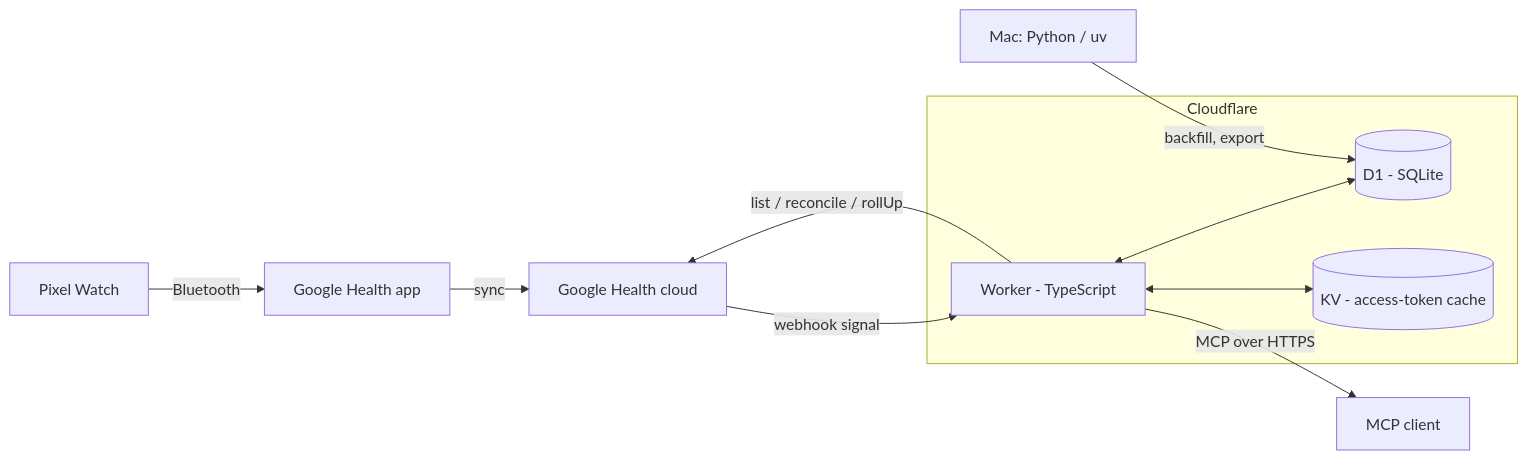
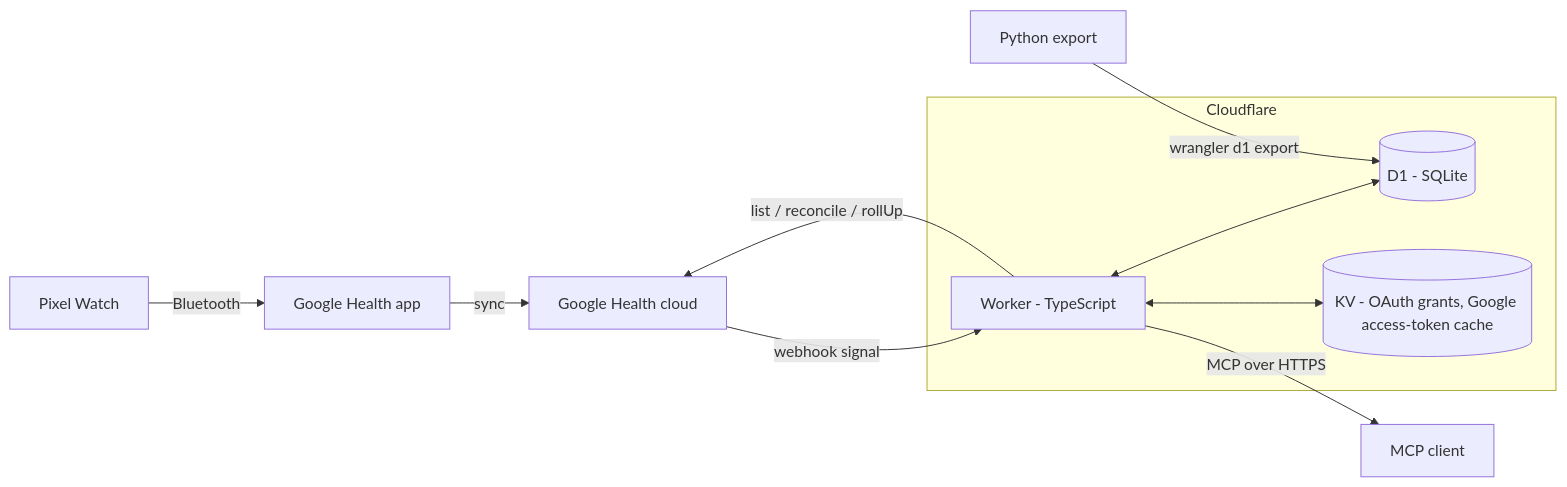
One commit to deluispablo/health-tracker changed the diagram in docs/architecture.md. Above: the diagram before and after it, drawn with Mermaid. The commit also changed other lines of this file and 2 other files, not shown here.

````diff
--- a/docs/architecture.md
+++ b/docs/architecture.md
@@ -7,16 +7,16 @@
 ```mermaid
 flowchart LR
     W[Pixel Watch] -- Bluetooth --> A[Google Health app]
     A -- sync --> G[Google Health cloud]
     G -- webhook signal --> K
     K -- list / reconcile / rollUp --> G
     subgraph CF[Cloudflare]
         K[Worker - TypeScript]
         D[(D1 - SQLite)]
-        V[(KV - access-token cache)]
+        V[(KV - OAuth grants, Google access-token cache)]
         K <--> D
         K <--> V
     end
     K -- MCP over HTTPS --> C[MCP client]
-    P[Mac: Python / uv] -- backfill, export --> D
+    P[Python export] -- wrangler d1 export --> D
 ```
````
